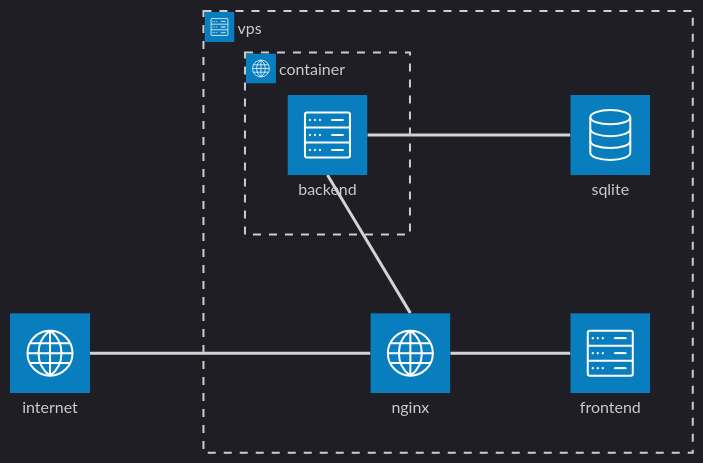
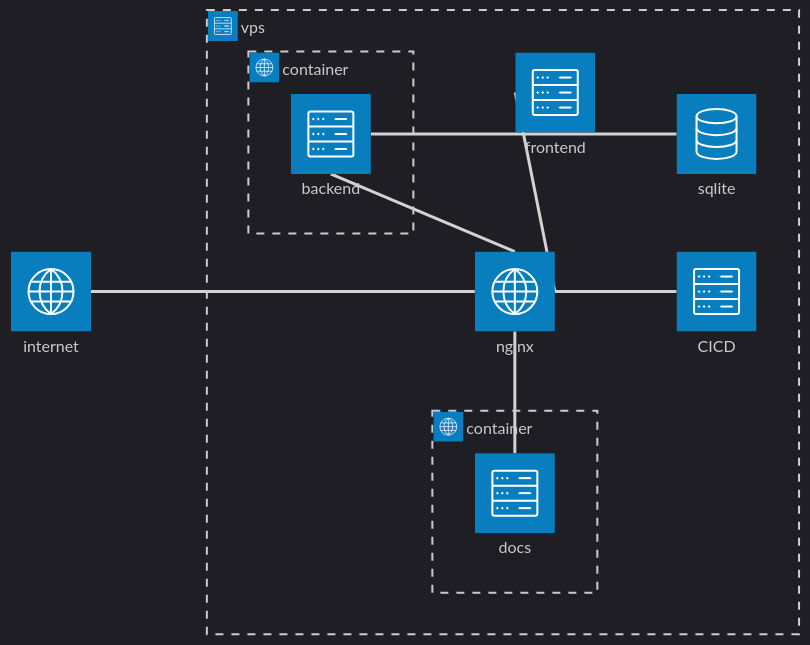
Before and after one commit to bricked-up/requirements: the first of 2 diagrams in backend/README.org, drawn with Mermaid. The commit also changed other lines of this file and 1 other file, not shown here.

Commit message:
backend: putting docs in a container

```diff
--- a/backend/README.org
+++ b/backend/README.org
@@ -69,23 +69,29 @@
 #+begin_src mermaid
 ---
 config:
   theme: dark
 title: Bricked-Up Architecture
 ---
 architecture-beta
     service traffic(internet)[internet]
 
     group vps(server)[vps]
     service nginx(internet)[nginx] in vps
     service sqlite(database)[sqlite] in vps
     service frontend(server)[frontend] in vps
+    service cicd(server)[CICD] in vps 
 
     group container(internet)[container] in vps
     service backend(server)[backend] in container
     
+    group docs(internet)[container] in vps
+    service backenddocs(server)[docs] in docs
+
     nginx:L -- R:traffic
     nginx:T -- B:backend
     nginx:R -- L:frontend
+    nginx:B -- T:backenddocs
+    nginx:R -- L:cicd
 
     backend:R -- L:sqlite
 #+end_src
```
